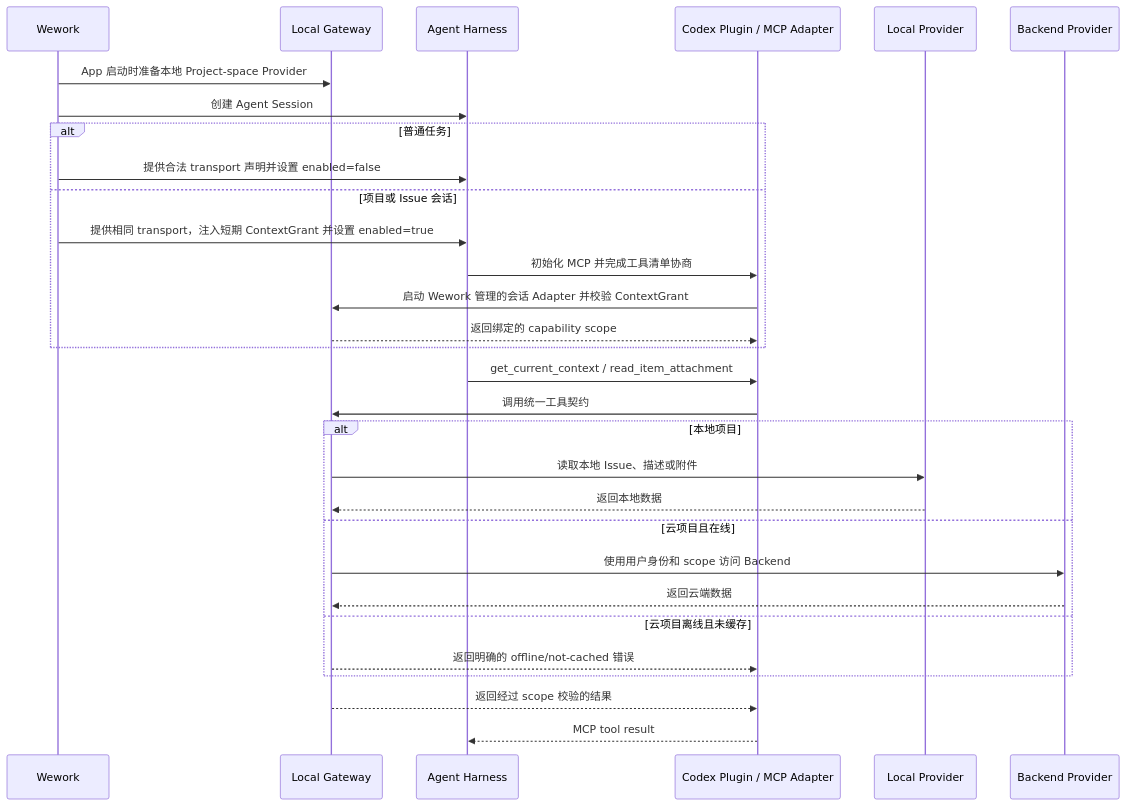
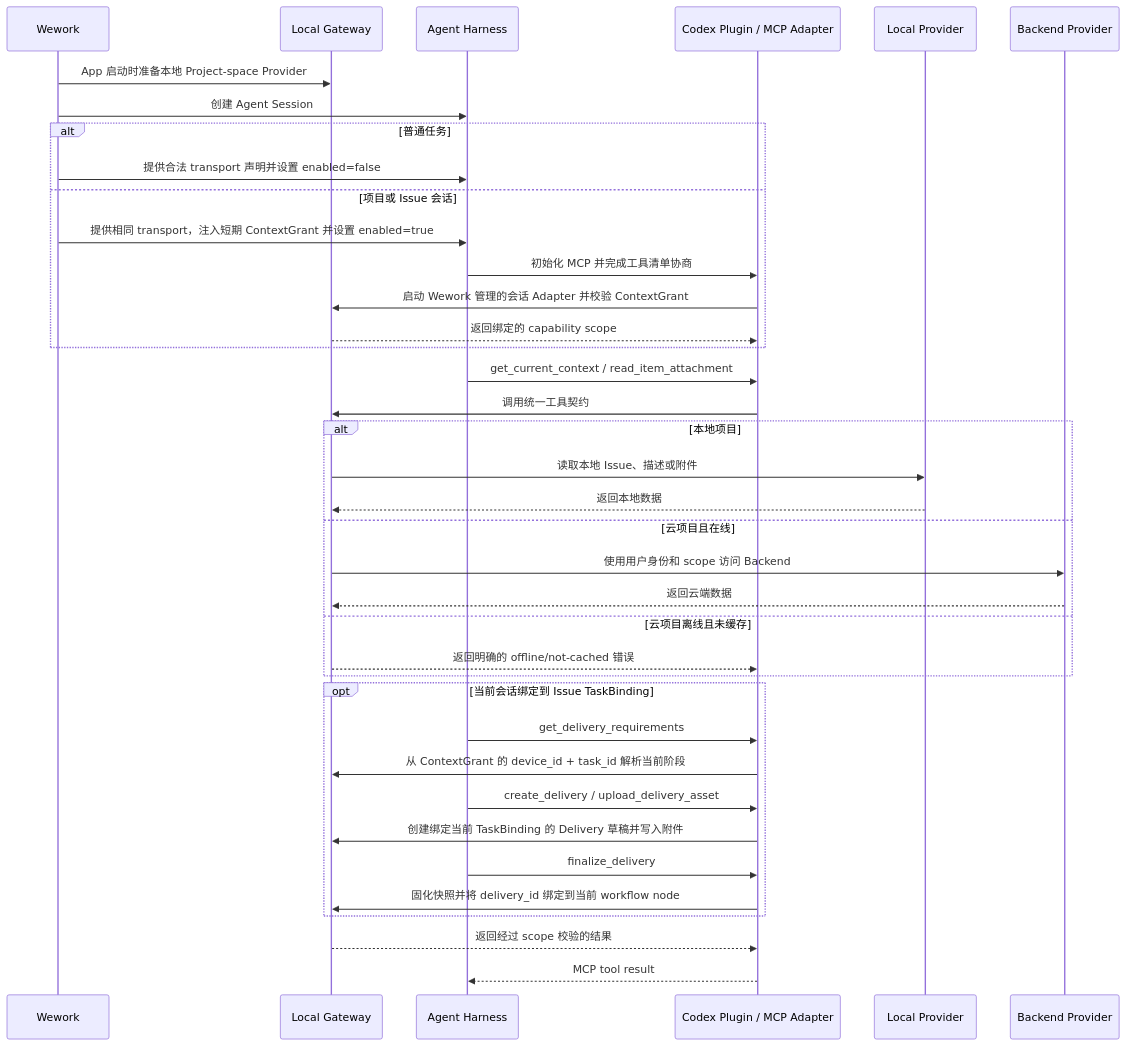
Before and after one commit to wecode-ai/Wegent: the second of 2 diagrams in docs/zh/architecture/project-space-agent-capability.md, drawn with Mermaid. The commit also changed other lines of this file and 30 other files, not shown here.

Commit message:
feat(workflow): complete delivery automation lifecycle

````diff
--- a/docs/zh/architecture/project-space-agent-capability.md
+++ b/docs/zh/architecture/project-space-agent-capability.md
@@ -30,33 +32,41 @@
 ```mermaid
 sequenceDiagram
     participant W as Wework
     participant G as Local Gateway
     participant H as Agent Harness
     participant P as Codex Plugin / MCP Adapter
     participant L as Local Provider
     participant B as Backend Provider
 
     W->>G: App 启动时准备本地 Project-space Provider
     W->>H: 创建 Agent Session
     alt 普通任务
         W->>H: 提供合法 transport 声明并设置 enabled=false
     else 项目或 Issue 会话
         W->>H: 提供相同 transport，注入短期 ContextGrant 并设置 enabled=true
         H->>P: 初始化 MCP 并完成工具清单协商
         P->>G: 启动 Wework 管理的会话 Adapter 并校验 ContextGrant
         G-->>P: 返回绑定的 capability scope
     end
     H->>P: get_current_context / read_item_attachment
     P->>G: 调用统一工具契约
     alt 本地项目
         G->>L: 读取本地 Issue、描述或附件
         L-->>G: 返回本地数据
     else 云项目且在线
         G->>B: 使用用户身份和 scope 访问 Backend
         B-->>G: 返回云端数据
     else 云项目离线且未缓存
         G-->>P: 返回明确的 offline/not-cached 错误
     end
+    opt 当前会话绑定到 Issue TaskBinding
+        H->>P: get_delivery_requirements
+        P->>G: 从 ContextGrant 的 device_id + task_id 解析当前阶段
+        H->>P: create_delivery / upload_delivery_asset
+        P->>G: 创建绑定当前 TaskBinding 的 Delivery 草稿并写入附件
+        H->>P: finalize_delivery
+        P->>G: 固化快照并将 delivery_id 绑定到当前 workflow node
+    end
     G-->>P: 返回经过 scope 校验的结果
     P-->>H: MCP tool result
 ```
````
